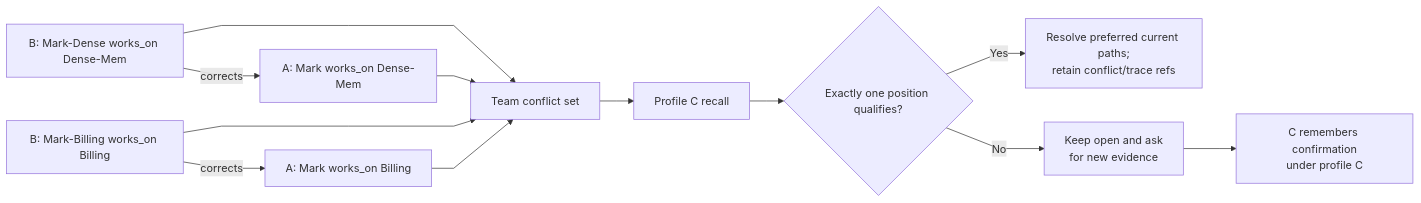
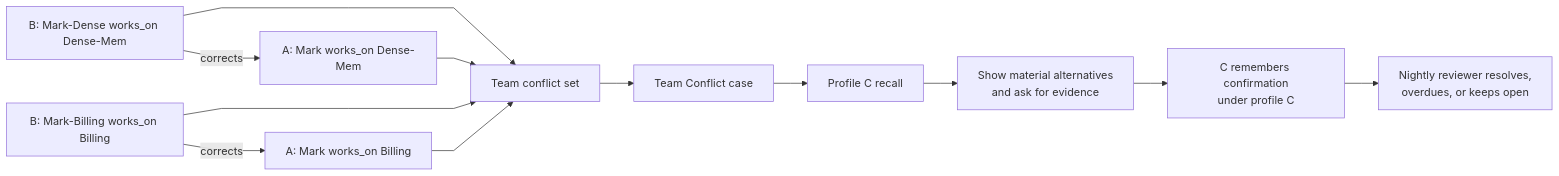
One commit to markhuangai/dense-mem changed the second of 4 diagrams in Conflicts-And-Corrections.md. Above: the diagram before and after it, drawn with Mermaid. The commit also changed other lines of this file and 15 other files, not shown here.

Commit message:
Document nightly conflict reviewer model

````diff
--- a/Conflicts-And-Corrections.md
+++ b/Conflicts-And-Corrections.md
@@ -85,15 +88,15 @@
 ```mermaid
 %%{init: {"flowchart": {"curve": "linear"}}}%%
 flowchart LR
   A1["A: Mark works_on Dense-Mem"] --> Set["Team conflict set"]
   A2["A: Mark works_on Billing"] --> Set
   B1["B: Mark-Dense works_on Dense-Mem"] --> Set
   B2["B: Mark-Billing works_on Billing"] --> Set
   B1 -->|"corrects"| A1
   B2 -->|"corrects"| A2
-  Set --> C["Profile C recall"]
-  C --> Decision{"Exactly one position qualifies?"}
-  Decision -- Yes --> Prefer["Resolve preferred current paths;<br/>retain conflict/trace refs"]
-  Decision -- No --> Ask["Keep open and ask<br/>for new evidence"]
+  Set --> Case["Team Conflict case"]
+  Case --> C["Profile C recall"]
+  C --> Ask["Show material alternatives<br/>and ask for evidence"]
   Ask --> CWrite["C remembers confirmation<br/>under profile C"]
+  CWrite --> Nightly["Nightly reviewer resolves,<br/>overdues, or keeps open"]
 ```
````
